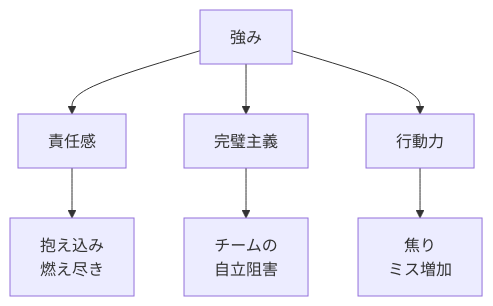
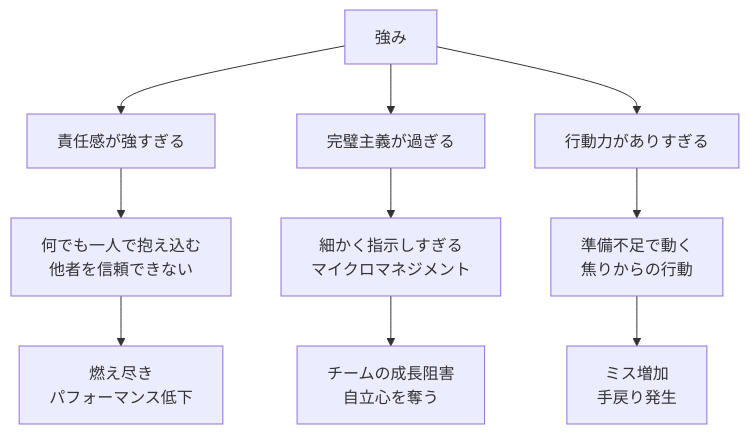
The first of 4 diagrams in content/blog/297-strengths-shadow-side-management.md (tndg16-bot/portfolio-site), drawn with Mermaid before and after one commit. The commit also changed other lines of this file and 19 other files, not shown here.

````diff
--- a/content/blog/297-strengths-shadow-side-management.md
+++ b/content/blog/297-strengths-shadow-side-management.md
@@ -39,12 +35,15 @@
 ```mermaid
 graph TD
     A[強み]
-    A --> B[責任感]
-    B --> C[抱え込み<br/>燃え尽き]
+    A --> B[責任感が強すぎる]
+    B --> C[何でも一人で抱え込む<br/>他者を信頼できない]
+    C --> D[燃え尽き<br/>パフォーマンス低下]
     
-    A --> D[完璧主義]
-    D --> E[チームの<br/>自立阻害]
+    A --> E[完璧主義が過ぎる]
+    E --> F[細かく指示しすぎる<br/>マイクロマネジメント]
+    F --> G[チームの成長阻害<br/>自立心を奪う]
     
-    A --> F[行動力]
-    F --> G[焦り<br/>ミス増加]
+    A --> H[行動力がありすぎる]
+    H --> I[準備不足で動く<br/>焦りからの行動]
+    I --> J[ミス増加<br/>手戻り発生]
 ```
````
